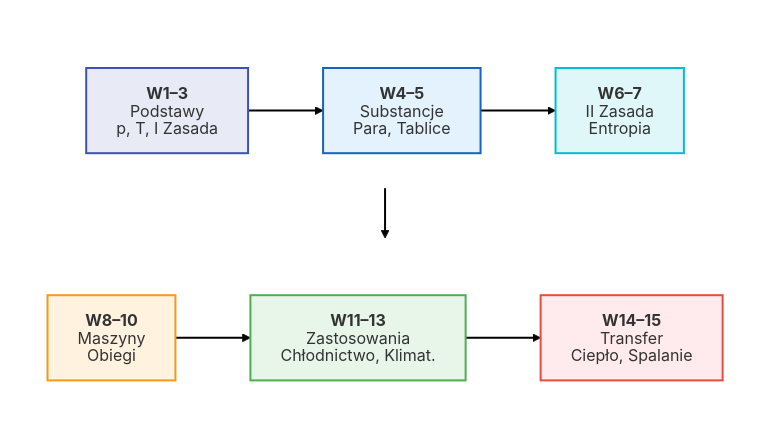
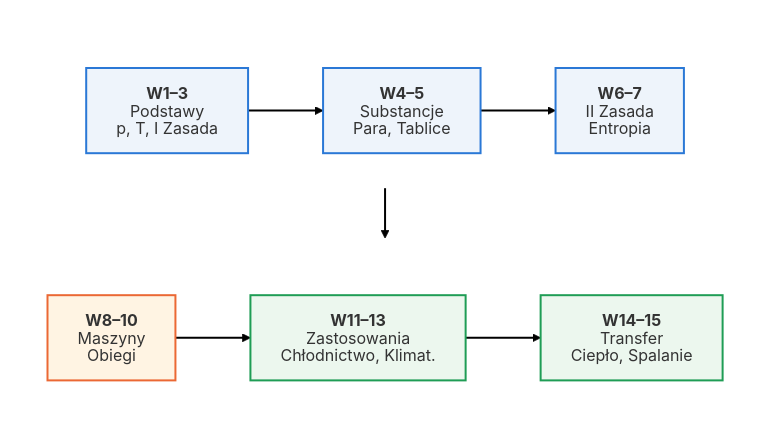
Before and after one commit to moondec/Termodynamika: the sixth of 6 diagrams in Wyklady/15_Spalanie_Egzergia.qmd, drawn with Mermaid. The commit also changed other lines of this file and 229 other files, not shown here.

````diff
--- a/Wyklady/15_Spalanie_Egzergia.qmd
+++ b/Wyklady/15_Spalanie_Egzergia.qmd
@@ -411,39 +389,39 @@
 ```{mermaid}
 %%| fig-align: center
 
 %%{init: {'theme': 'default', 'flowchart': {'htmlLabels': false, 'wrappingWidth': 400, 'subGraphTitleMargin': {'top': 6, 'bottom': 16}}, 'themeVariables': {'fontSize': '16px', 'fontFamily': 'Arial, Helvetica, sans-serif'}, 'htmlLabels': false}}%%
 flowchart TB
     subgraph R1 [" "]
         direction LR
         A["`**W1–3**
 Podstawy
 p, T, I Zasada`"] --> B["`**W4–5**
 Substancje
 Para, Tablice`"]
         B --> C["`**W6–7**
 II Zasada
 Entropia`"]
     end
     subgraph R2 [" "]
         direction LR
         D["`**W8–10**
 Maszyny
 Obiegi`"] --> E["`**W11–13**
 Zastosowania
 Chłodnictwo, Klimat.`"]
         E --> F["`**W14–15**
 Transfer
 Ciepło, Spalanie`"]
     end
     R1 --> R2
-    
-    style A fill:#e8eaf6,stroke:#3f51b5,stroke-width:2px
-    style B fill:#e3f2fd,stroke:#1565c0,stroke-width:2px
-    style C fill:#e0f7fa,stroke:#00bcd4,stroke-width:2px
-    style D fill:#fff3e0,stroke:#f39c12,stroke-width:2px
-    style E fill:#e8f5e9,stroke:#4caf50,stroke-width:2px
-    style F fill:#ffebee,stroke:#e74c3c,stroke-width:2px
+
+    style A fill:#eef4fb,stroke:#2a78d6,stroke-width:2px
+    style B fill:#eef4fb,stroke:#2a78d6,stroke-width:2px
+    style C fill:#eef4fb,stroke:#2a78d6,stroke-width:2px
+    style D fill:#fff4e3,stroke:#eb6834,stroke-width:2px
+    style E fill:#ecf7ee,stroke:#1f9d55,stroke-width:2px
+    style F fill:#ecf7ee,stroke:#1f9d55,stroke-width:2px
     style R1 fill:none,stroke:none
     style R2 fill:none,stroke:none
     linkStyle default stroke-width:2px,fill:none,stroke:black
 ```
````
